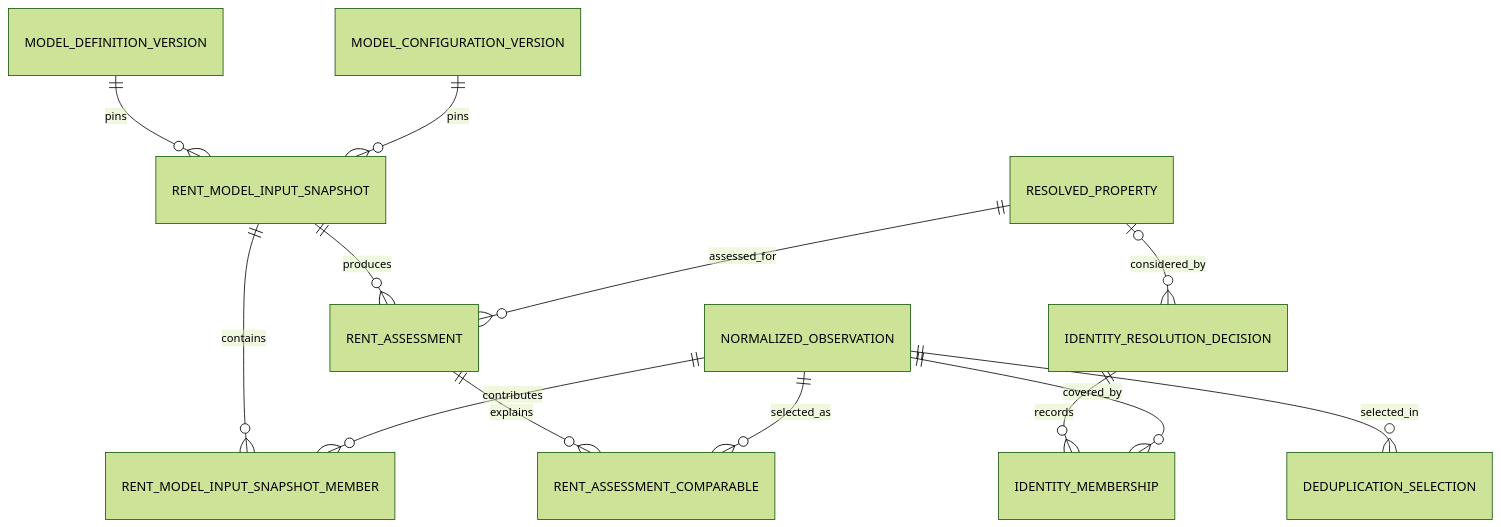
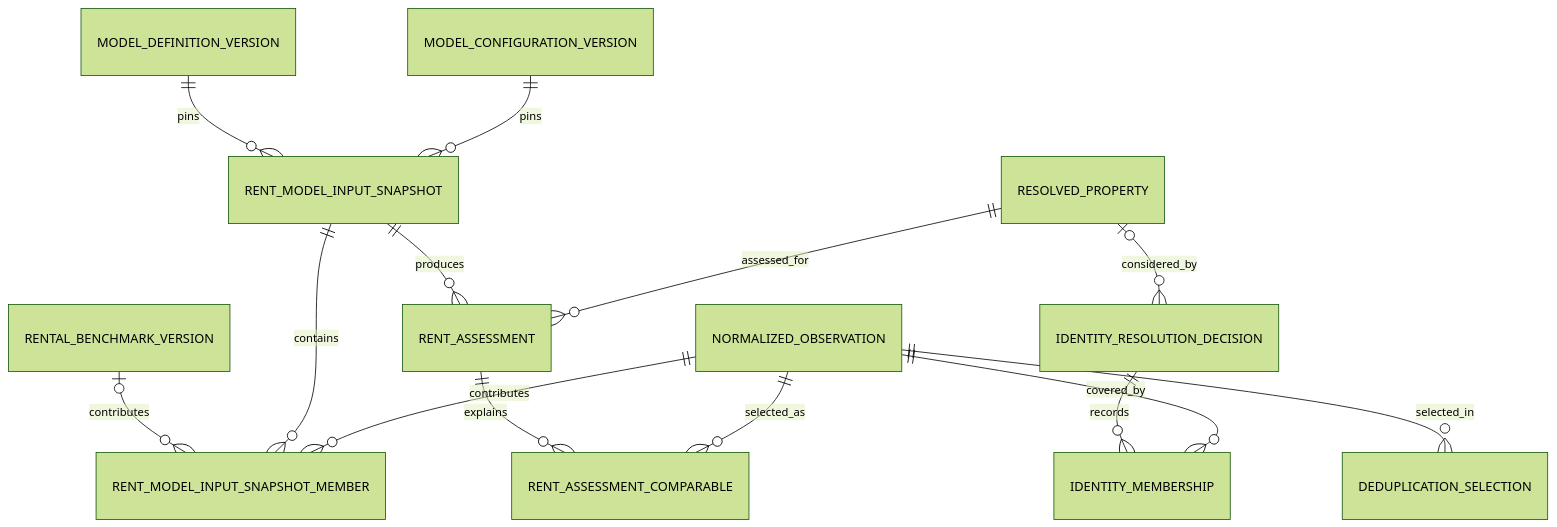
Before and after one commit to sotous/rent-yield: the second of 3 diagrams in docs/architecture/data-storage-erd.md, drawn with Mermaid (forest theme). The commit also changed other lines of this file and 4 other files, not shown here.

Commit message:
docs(storage): clarify ERD derivation authority

````diff
--- a/docs/architecture/data-storage-erd.md
+++ b/docs/architecture/data-storage-erd.md
@@ -56,16 +63,17 @@
 ```mermaid
 erDiagram
   RESOLVED_PROPERTY o|--o{ IDENTITY_RESOLUTION_DECISION : considered_by
   IDENTITY_RESOLUTION_DECISION ||--o{ IDENTITY_MEMBERSHIP : records
   NORMALIZED_OBSERVATION ||--o{ IDENTITY_MEMBERSHIP : covered_by
   NORMALIZED_OBSERVATION ||--o{ DEDUPLICATION_SELECTION : selected_in
 
   MODEL_DEFINITION_VERSION ||--o{ RENT_MODEL_INPUT_SNAPSHOT : pins
   MODEL_CONFIGURATION_VERSION ||--o{ RENT_MODEL_INPUT_SNAPSHOT : pins
+  RENTAL_BENCHMARK_VERSION o|--o{ RENT_MODEL_INPUT_SNAPSHOT_MEMBER : contributes
   RENT_MODEL_INPUT_SNAPSHOT ||--o{ RENT_MODEL_INPUT_SNAPSHOT_MEMBER : contains
   NORMALIZED_OBSERVATION ||--o{ RENT_MODEL_INPUT_SNAPSHOT_MEMBER : contributes
   RENT_MODEL_INPUT_SNAPSHOT ||--o{ RENT_ASSESSMENT : produces
   RESOLVED_PROPERTY ||--o{ RENT_ASSESSMENT : assessed_for
   RENT_ASSESSMENT ||--o{ RENT_ASSESSMENT_COMPARABLE : explains
   NORMALIZED_OBSERVATION ||--o{ RENT_ASSESSMENT_COMPARABLE : selected_as
 ```
````
